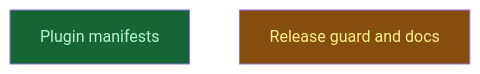
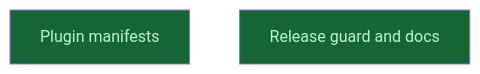
One commit to LittleCoinCoin/mcp-biomodelling-servers changed the diagram in __roadmap__/agent_plugins/README.md. Above: the diagram before and after it, drawn with Mermaid. The commit also changed other lines of this file and 1 other file, not shown here.

Commit message:
docs(roadmap): close the integrate level and fix the mutation count

````diff
--- a/__roadmap__/agent_plugins/README.md
+++ b/__roadmap__/agent_plugins/README.md
@@ -22,10 +22,10 @@
 ```mermaid
 graph TD
     plugin_manifests[Plugin manifests]:::done
-    integrate[Release guard and docs]:::inprogress
+    integrate[Release guard and docs]:::done
     classDef done       fill:#166534,color:#bbf7d0
     classDef inprogress fill:#854d0e,color:#fef08a
     classDef planned    fill:#374151,color:#e5e7eb
     classDef amendment  fill:#1e3a5f,color:#bfdbfe
     classDef blocked    fill:#7f1d1d,color:#fecaca
 ```
````
